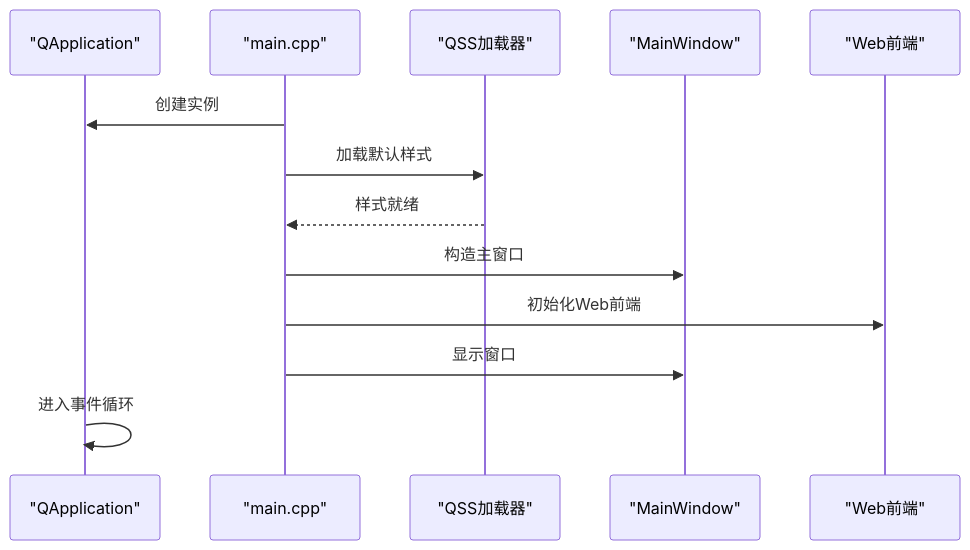
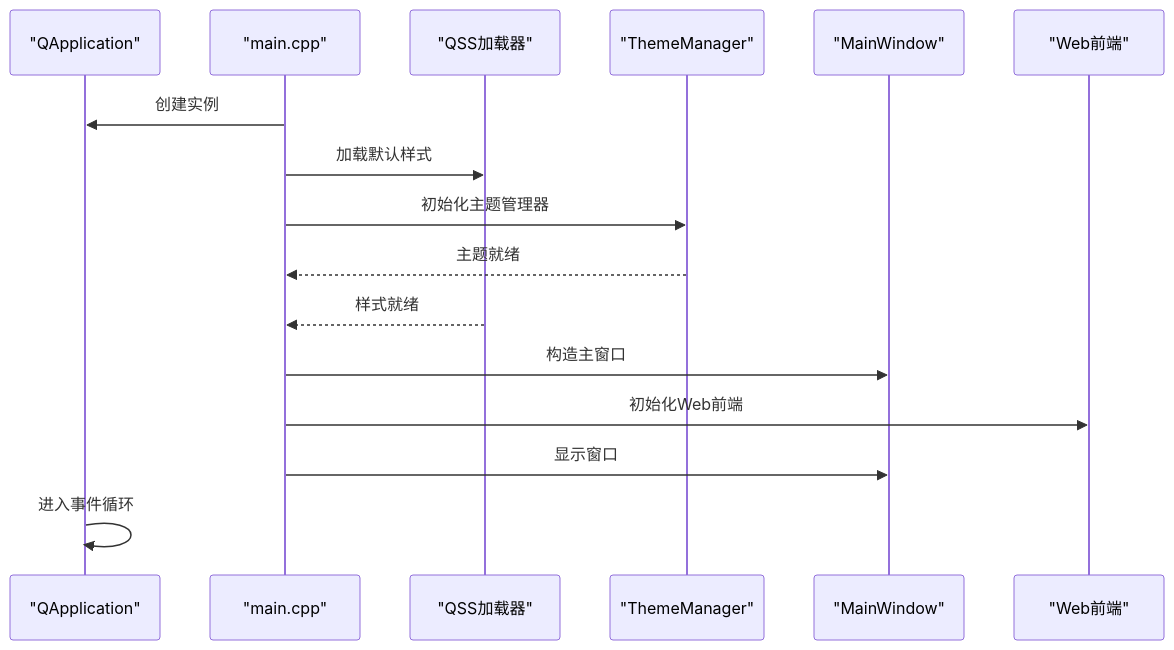
One commit to jakecai1225-design/OpenBus changed the third of 22 diagrams in .qoder/repowiki/zh/content/架构设计/UI系统设计/UI系统设计.md. Above: the diagram before and after it, drawn with Mermaid. The commit also changed other lines of this file and 40 other files, not shown here.

````diff
--- a/.qoder/repowiki/zh/content/架构设计/UI系统设计/UI系统设计.md
+++ b/.qoder/repowiki/zh/content/架构设计/UI系统设计/UI系统设计.md
@@ -242,15 +268,18 @@
 ```mermaid
 sequenceDiagram
 participant App as "QApplication"
 participant Main as "main.cpp"
 participant Style as "QSS加载器"
+participant Theme as "ThemeManager"
 participant Win as "MainWindow"
 participant Web as "Web前端"
 Main->>App : 创建实例
 Main->>Style : 加载默认样式
+Main->>Theme : 初始化主题管理器
+Theme-->>Main : 主题就绪
 Style-->>Main : 样式就绪
 Main->>Win : 构造主窗口
 Main->>Web : 初始化Web前端
 Main->>Win : 显示窗口
 App->>App : 进入事件循环
 ```
````
